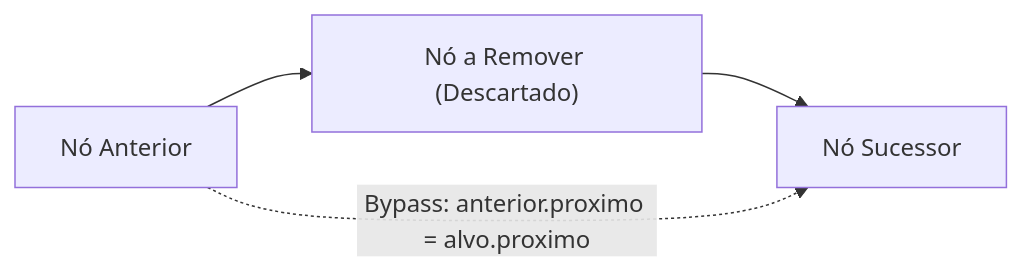
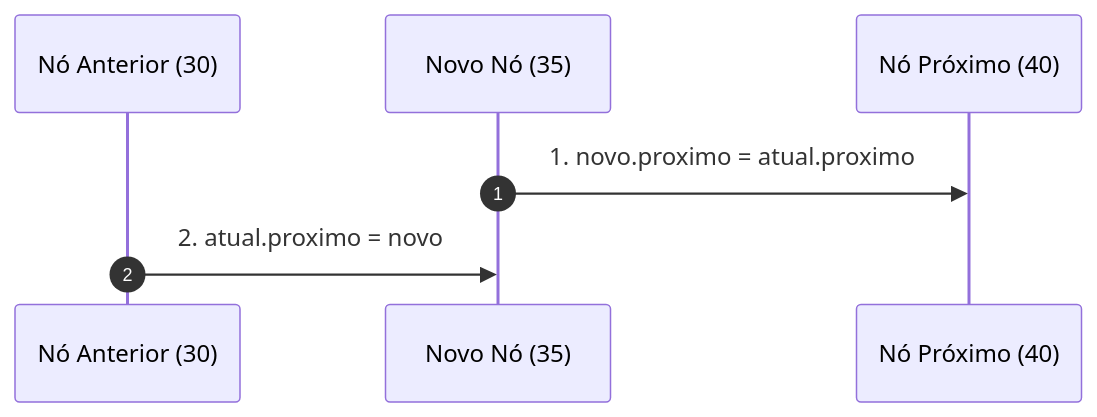
Diagram 15 of 22 in 4º Semestre/[Prof. Wesley Soares] Estrutura de Dados I/Resumos-IA/Caderno-Consolidado.md (murilolol/unifef), drawn with Mermaid before and after one commit. The commit also changed other lines of this file and 25 other files, not shown here.

````diff
--- a/4º Semestre/[Prof. Wesley Soares] Estrutura de Dados I/Resumos-IA/Caderno-Consolidado.md
+++ b/4º Semestre/[Prof. Wesley Soares] Estrutura de Dados I/Resumos-IA/Caderno-Consolidado.md
@@ -869,6 +856,9 @@
 ```mermaid
-flowchart LR
-    Ant["Nó Anterior"] --> Alvo["Nó a Remover (Descartado)"]
-    Alvo --> Prox["Nó Sucessor"]
-    Ant -.->|"Bypass: anterior.proximo = alvo.proximo"| Prox
+sequenceDiagram
+    autonumber
+    participant Ant as Nó Anterior (30)
+    participant Novo as Novo Nó (35)
+    participant Prox as Nó Próximo (40)
+    Novo->>Prox: 1. novo.proximo = atual.proximo
+    Ant->>Novo: 2. atual.proximo = novo
 ```
````
